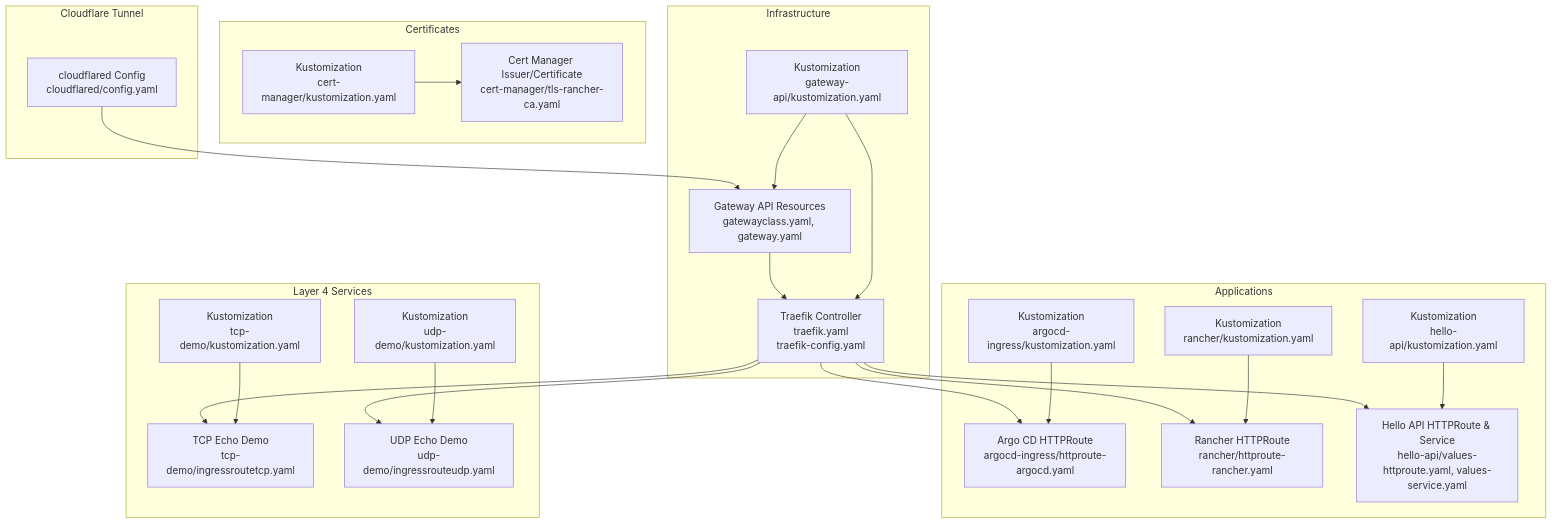
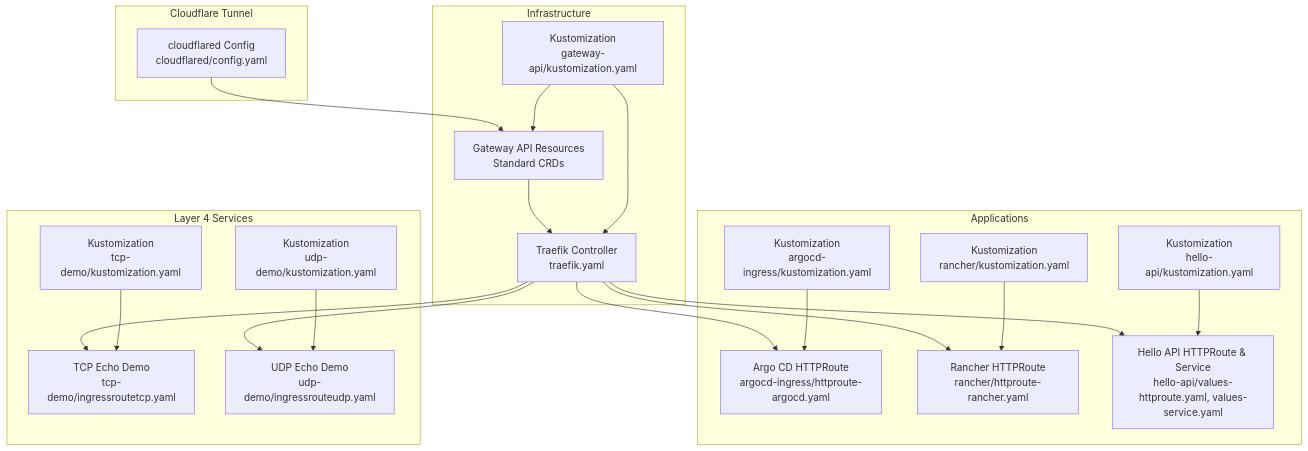
The first of 8 diagrams in .qoder/repowiki/en/content/Advanced Topics/Advanced Networking Configurations.md (Hoangvu75/k8s_manifest), drawn with Mermaid before and after one commit. The commit also changed other lines of this file and 10 other files, not shown here.

````diff
--- a/.qoder/repowiki/en/content/Advanced Topics/Advanced Networking Configurations.md
+++ b/.qoder/repowiki/en/content/Advanced Topics/Advanced Networking Configurations.md
@@ -67,44 +63,39 @@
 ```mermaid
 graph TB
 subgraph "Infrastructure"
-GA["Gateway API Resources<br/>gatewayclass.yaml, gateway.yaml"]
-TR["Traefik Controller<br/>traefik.yaml<br/>traefik-config.yaml"]
+GA["Gateway API Resources<br/>Standard CRDs"]
+TR["Traefik Controller<br/>traefik.yaml"]
 KGA["Kustomization<br/>gateway-api/kustomization.yaml"]
 end
 subgraph "Applications"
 ARGO["Argo CD HTTPRoute<br/>argocd-ingress/httproute-argocd.yaml"]
 RANCH["Rancher HTTPRoute<br/>rancher/httproute-rancher.yaml"]
 HELLO["Hello API HTTPRoute & Service<br/>hello-api/values-httproute.yaml, values-service.yaml"]
 KARGO["Kustomization<br/>argocd-ingress/kustomization.yaml"]
 KRANCH["Kustomization<br/>rancher/kustomization.yaml"]
 KHELLO["Kustomization<br/>hello-api/kustomization.yaml"]
 end
 subgraph "Layer 4 Services"
 TCPDEMO["TCP Echo Demo<br/>tcp-demo/ingressroutetcp.yaml"]
 UDPDEMO["UDP Echo Demo<br/>udp-demo/ingressrouteudp.yaml"]
 KTCP["Kustomization<br/>tcp-demo/kustomization.yaml"]
 KUDP["Kustomization<br/>udp-demo/kustomization.yaml"]
 end
-subgraph "Certificates"
-CM["Cert Manager Issuer/Certificate<br/>cert-manager/tls-rancher-ca.yaml"]
-KCM["Kustomization<br/>cert-manager/kustomization.yaml"]
-end
 subgraph "Cloudflare Tunnel"
 CF["cloudflared Config<br/>cloudflared/config.yaml"]
 end
 KGA --> GA
 KGA --> TR
 KARGO --> ARGO
 KRANCH --> RANCH
 KHELLO --> HELLO
 KTCP --> TCPDEMO
 KUDP --> UDPDEMO
-KCM --> CM
 CF --> GA
 GA --> TR
 TR --> ARGO
 TR --> RANCH
 TR --> HELLO
 TR --> TCPDEMO
 TR --> UDPDEMO
 ```
````
